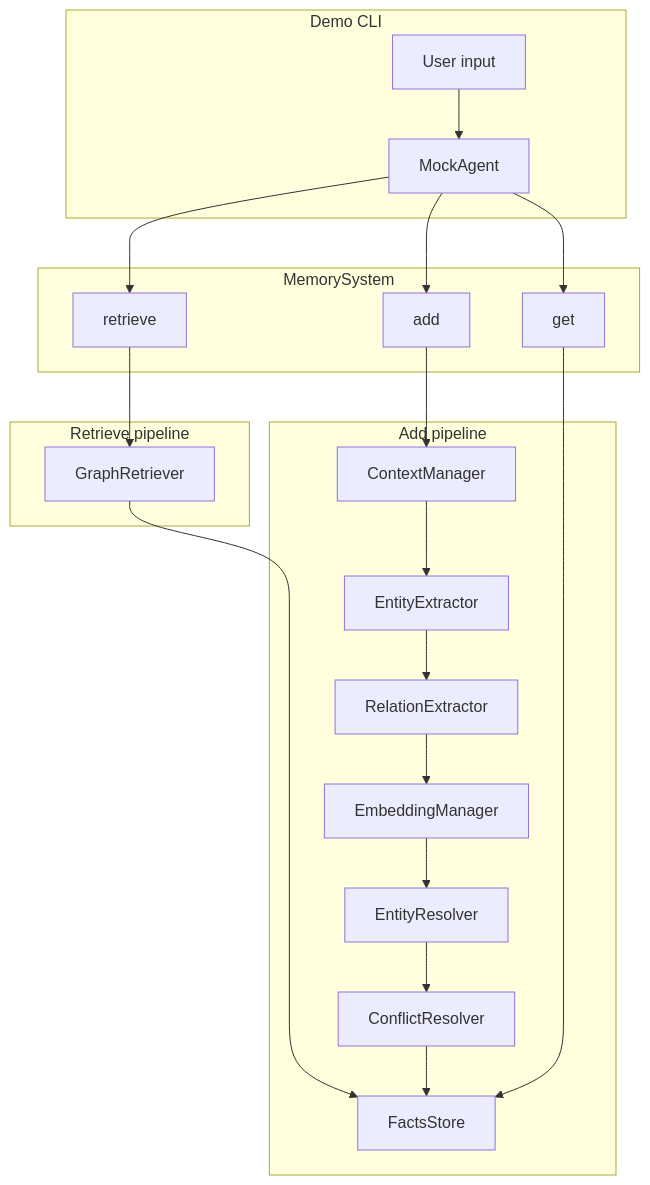
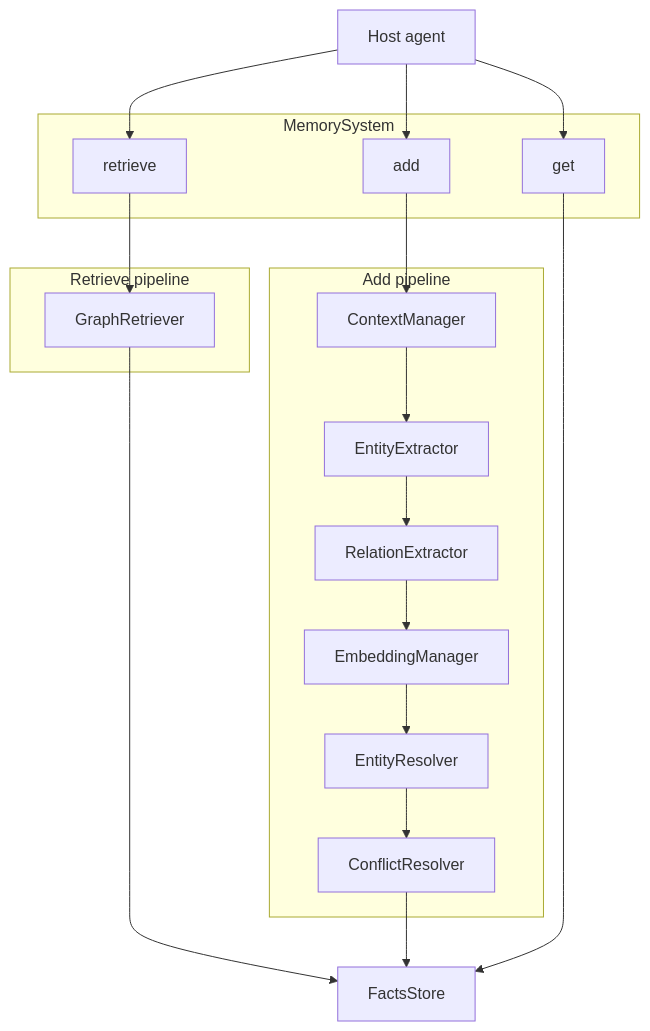
Before and after one commit to ThoHuj/aion-memory-system: the diagram in README.md, drawn with Mermaid. The commit also changed other lines of this file and 15 other files, not shown here.

First line of the commit message:
Remove the demo agent and make the repo a library only

````diff
--- a/README.md
+++ b/README.md
@@ -35,42 +110,39 @@
 ```mermaid
 flowchart TB
-  subgraph cli["Demo CLI"]
-    UserInput[User input]
-    MockAgent[MockAgent]
-  end
+  Host[Host agent]
 
   subgraph memsys["MemorySystem"]
     Add[add]
     Retrieve[retrieve]
     Get[get]
   end
 
   subgraph addp["Add pipeline"]
     CM[ContextManager]
     EE[EntityExtractor]
     RE[RelationExtractor]
     EM[EmbeddingManager]
     ER[EntityResolver]
     CR[ConflictResolver]
-    FS[FactsStore]
   end
 
   subgraph retp["Retrieve pipeline"]
     GR[GraphRetriever]
   end
 
-  UserInput --> MockAgent
-  MockAgent --> Retrieve
+  FS[FactsStore]
+
+  Host --> Retrieve
   Retrieve --> GR
   GR --> FS
-  MockAgent --> Add
+  Host --> Add
   Add --> CM
   CM --> EE
   EE --> RE
   RE --> EM
   EM --> ER
   ER --> CR
   CR --> FS
-  MockAgent --> Get
+  Host --> Get
   Get --> FS
 ```
````
